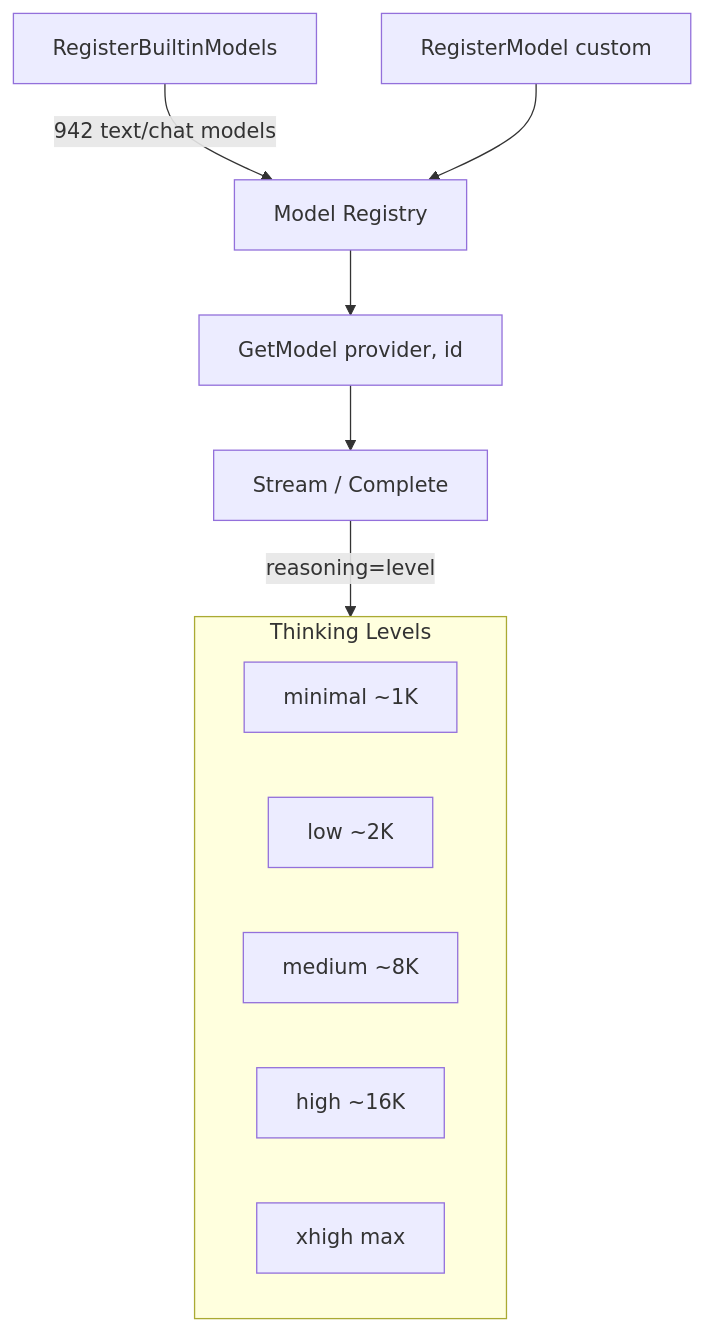
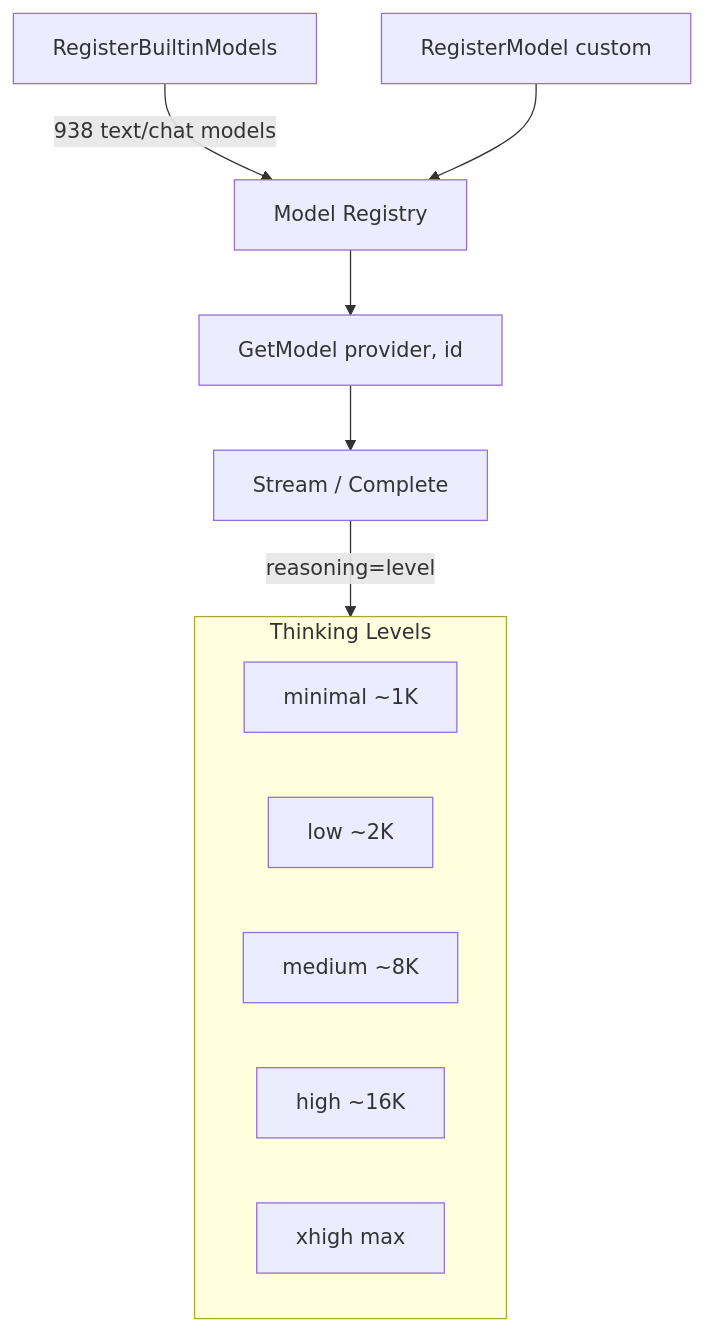
One commit to rcarmo/go-ai changed the diagram in docs/model-selection.md. Above: the diagram before and after it, drawn with Mermaid. The commit also changed other lines of this file and 6 other files, not shown here.

````diff
--- a/docs/model-selection.md
+++ b/docs/model-selection.md
@@ -5,17 +5,17 @@
 ```mermaid
 flowchart TD
-    A[RegisterBuiltinModels] -->|942 text/chat models| B[Model Registry]
+    A[RegisterBuiltinModels] -->|938 text/chat models| B[Model Registry]
     C[RegisterModel custom] --> B
     B --> D[GetModel provider, id]
     D --> E[Stream / Complete]
 
     subgraph Thinking["Thinking Levels"]
         T1[minimal ~1K]
         T2[low ~2K]
         T3[medium ~8K]
         T4[high ~16K]
         T5[xhigh max]
     end
 
     E -->|reasoning=level| Thinking
 ```
````
